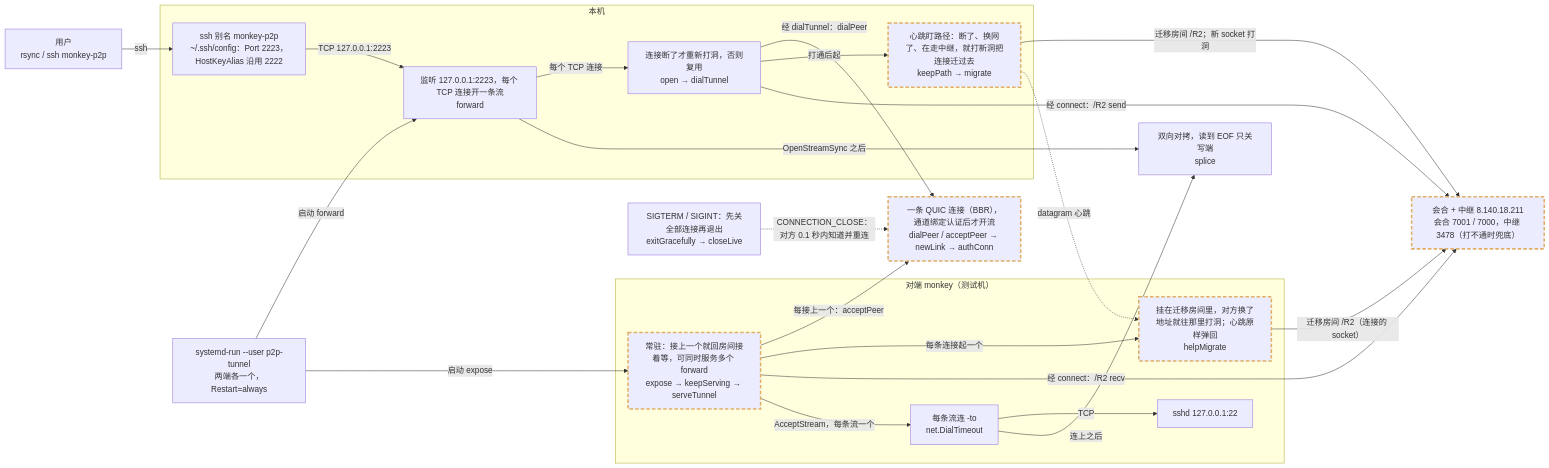
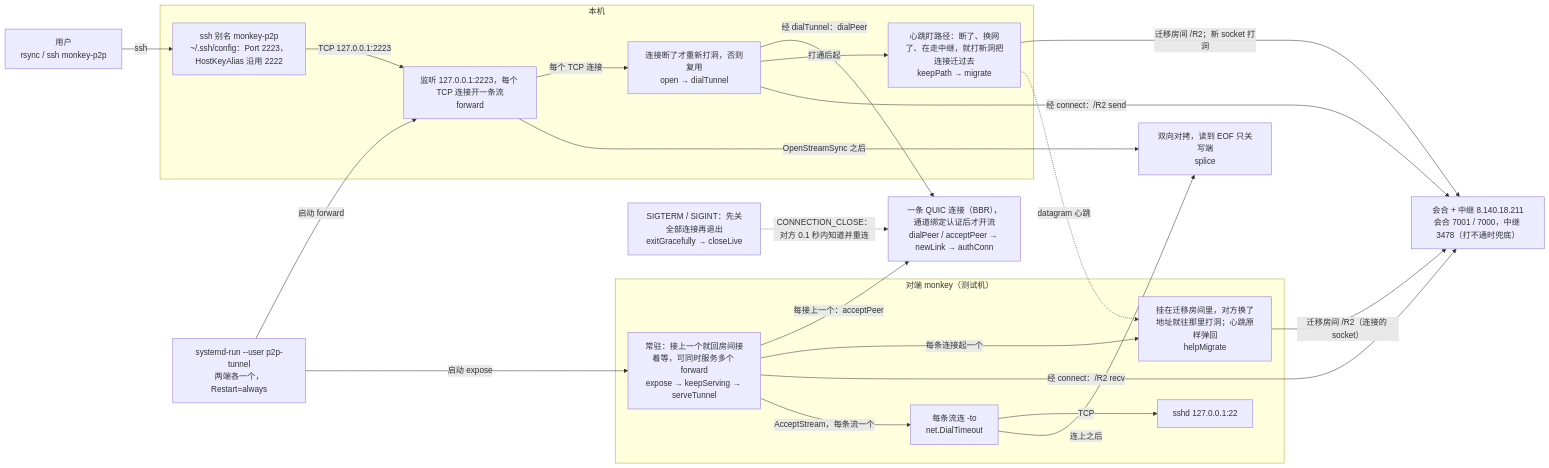
One commit to numb747/uu-remote-study changed the diagram in docs/arch/32-p2p-tunnel.mmd. Above: the diagram before and after it, drawn with Mermaid. The commit also changed 9 other files, not shown here.

First line of the commit message:
架构地图：同步到 d578d66（第 8 步收尾），DESIGN 8 步全部勾掉

```diff
--- a/docs/arch/32-p2p-tunnel.mmd
+++ b/docs/arch/32-p2p-tunnel.mmd
@@ -1,54 +1,53 @@
 flowchart LR
   user["用户<br/>rsync / ssh monkey-p2p"]
   units["systemd-run --user p2p-tunnel<br/>两端各一个，Restart=always"]
   subgraph local["本机"]
     ssh_cfg["ssh 别名 monkey-p2p<br/>~/.ssh/config：Port 2223，HostKeyAlias 沿用 2222"]
     fwd["监听 127.0.0.1:2223，每个 TCP 连接开一条流<br/>forward"]
     open["连接断了才重新打洞，否则复用<br/>open → dialTunnel"]
-    keep["心跳盯路径：断了、换网了、在走中继，就打新洞把连接迁过去<br/>keepPath → migrate"]:::changed
+    keep["心跳盯路径：断了、换网了、在走中继，就打新洞把连接迁过去<br/>keepPath → migrate"]
   end
-  rdv["会合 + 中继 8.140.18.211<br/>会合 7001 / 7000，中继 3478（打不通时兜底）"]:::changed
-  conn["一条 QUIC 连接（BBR），通道绑定认证后才开流<br/>dialPeer / acceptPeer → newLink → authConn"]:::changed
+  rdv["会合 + 中继 8.140.18.211<br/>会合 7001 / 7000，中继 3478（打不通时兜底）"]
+  conn["一条 QUIC 连接（BBR），通道绑定认证后才开流<br/>dialPeer / acceptPeer → newLink → authConn"]
   subgraph remote["对端 monkey（测试机）"]
-    exp["常驻：接上一个就回房间接着等，可同时服务多个 forward<br/>expose → keepServing → serveTunnel"]:::changed
-    help["挂在迁移房间里，对方换了地址就往那里打洞；心跳原样弹回<br/>helpMigrate"]:::changed
+    exp["常驻：接上一个就回房间接着等，可同时服务多个 forward<br/>expose → keepServing → serveTunnel"]
+    help["挂在迁移房间里，对方换了地址就往那里打洞；心跳原样弹回<br/>helpMigrate"]
     dial_to["每条流连 -to<br/>net.DialTimeout"]
     sshd["sshd 127.0.0.1:22"]
   end
   splice["双向对拷，读到 EOF 只关写端<br/>splice"]
   exitg["SIGTERM / SIGINT：先关全部连接再退出<br/>exitGracefully → closeLive"]
 
   user -->|"ssh"| ssh_cfg
   ssh_cfg -->|"TCP 127.0.0.1:2223"| fwd
   units -->|"启动 forward"| fwd
   units -->|"启动 expose"| exp
   fwd -->|"每个 TCP 连接"| open
   open -->|"经 dialTunnel：dialPeer"| conn
   open -->|"打通后起"| keep
   exp -->|"每接上一个：acceptPeer"| conn
   exp -->|"每条连接起一个"| help
   open -->|"经 connect：/R2 send"| rdv
   exp -->|"经 connect：/R2 recv"| rdv
   keep -->|"迁移房间 /R2；新 socket 打洞"| rdv
   help -->|"迁移房间 /R2（连接的 socket）"| rdv
   keep -.->|"datagram 心跳"| help
   exp -->|"AcceptStream，每条流一个"| dial_to
   dial_to -->|TCP| sshd
   fwd -->|"OpenStreamSync 之后"| splice
   dial_to -->|"连上之后"| splice
   exitg -.->|"CONNECTION_CLOSE：对方 0.1 秒内知道并重连"| conn
 
 %% @src fwd lab/p2pcp/tunnel.go func forward(
 %% @src open lab/p2pcp/tunnel.go open := func() (*quic.Stream, error)
 %% @src keep lab/p2pcp/tunnel.go func keepPath(
 %% @src rdv lab/punch/main.go func runServer
 %% @src conn lab/p2pcp/link.go func newLink(
 %% @src exp lab/p2pcp/tunnel.go func serveTunnel(
 %% @src help lab/p2pcp/tunnel.go func helpMigrate(
 %% @src dial_to lab/p2pcp/tunnel.go c, err := net.DialTimeout("tcp", o.to, 5*time.Second)
 %% @src splice lab/p2pcp/tunnel.go func splice(
 %% @src exitg lab/p2pcp/main.go func exitGracefully
 %% @link keep 25-flow-migrate.mmd
 %% @link open 24-flow-p2pcp.mmd
 %% @link rdv 20-flow-punch.mmd
-classDef changed stroke:#e0af68,stroke-width:3px,stroke-dasharray:7 4
```
